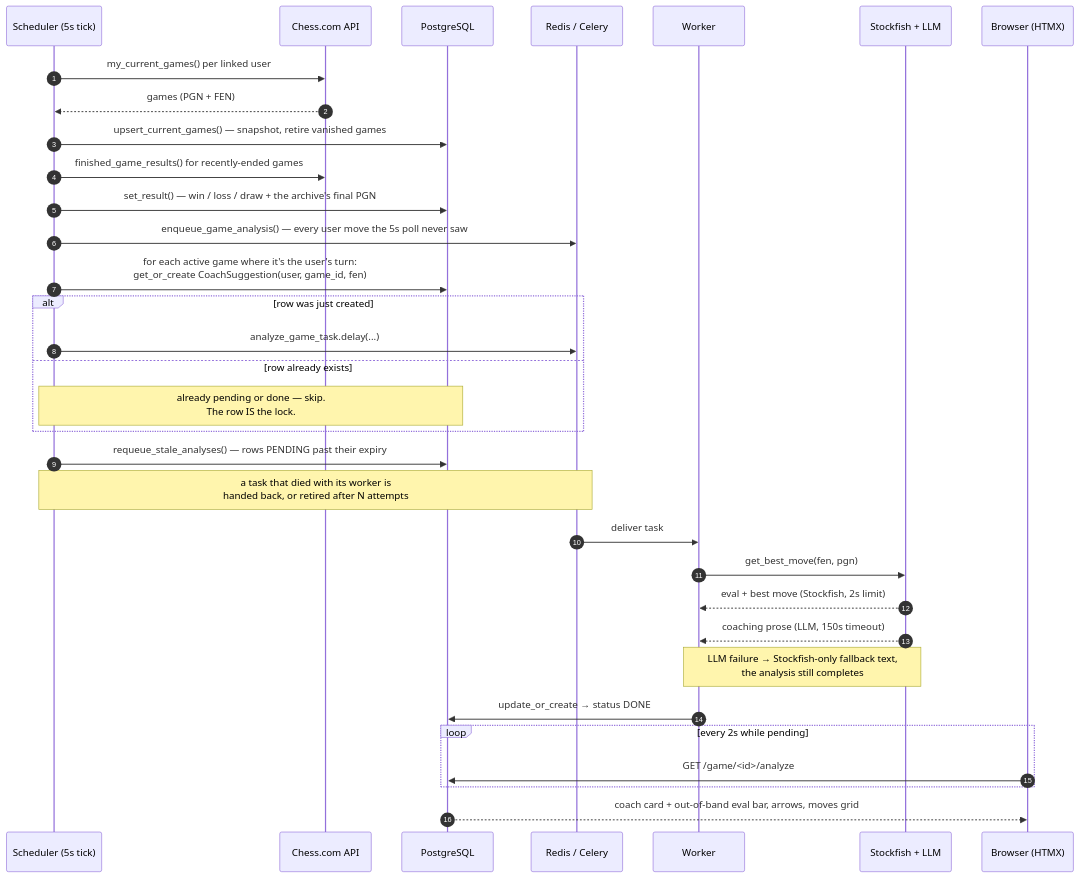
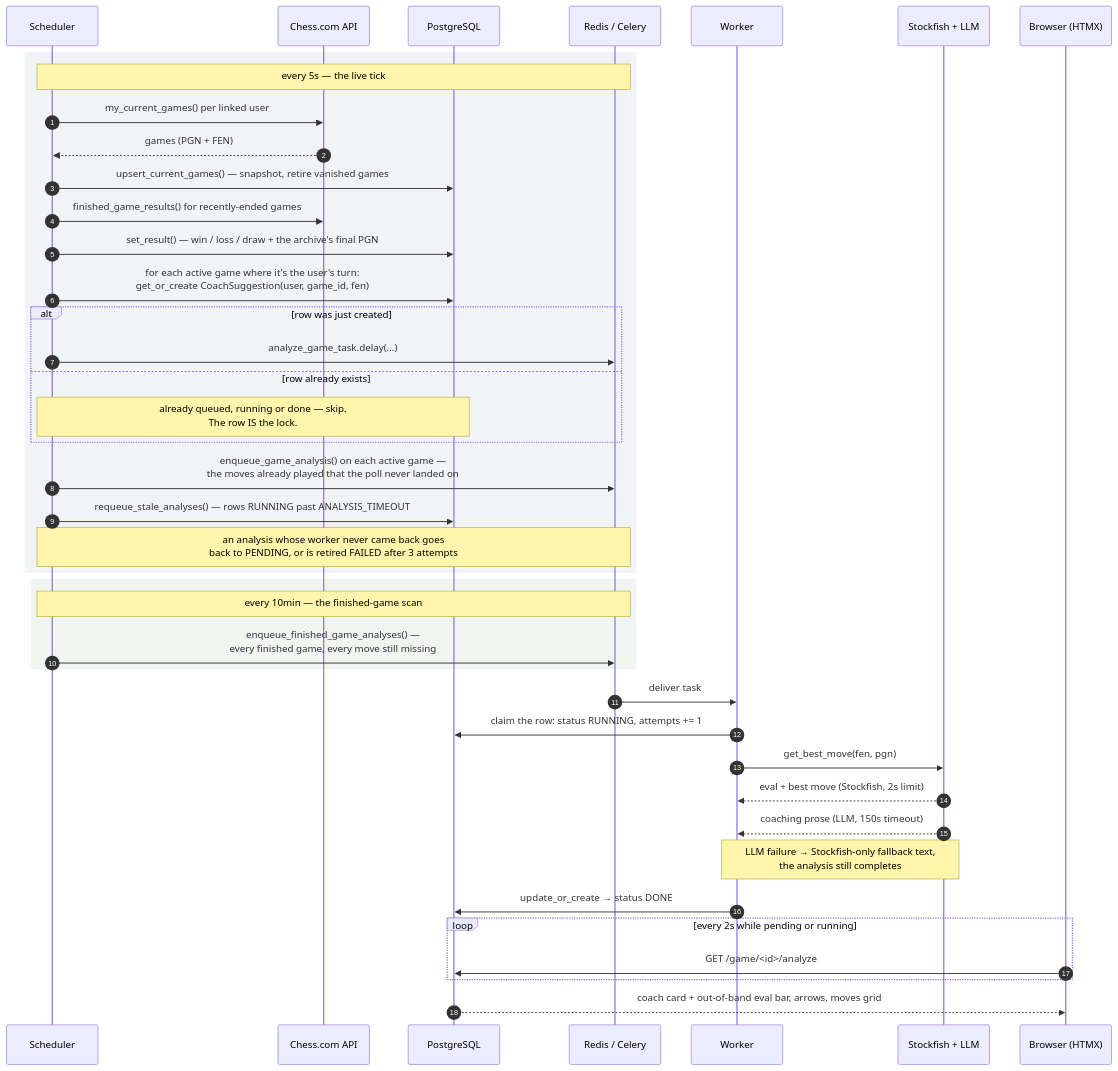
The second of 2 diagrams in docs/architecture.md (gab-25/chessdotcom_ai_coach), drawn with Mermaid before and after one commit. The commit also changed other lines of this file and 20 other files, not shown here.

````diff
--- a/docs/architecture.md
+++ b/docs/architecture.md
@@ -55,40 +61,49 @@
 ```mermaid
 sequenceDiagram
     autonumber
-    participant S as Scheduler (5s tick)
+    participant S as Scheduler
     participant C as Chess.com API
     participant DB as PostgreSQL
     participant Q as Redis / Celery
     participant W as Worker
     participant E as Stockfish + LLM
     participant B as Browser (HTMX)
 
+    rect rgba(120,140,180,0.10)
+    Note over S,Q: every 5s — the live tick
     S->>C: my_current_games() per linked user
     C-->>S: games (PGN + FEN)
     S->>DB: upsert_current_games() — snapshot, retire vanished games
     S->>C: finished_game_results() for recently-ended games
     S->>DB: set_result() — win / loss / draw + the archive's final PGN
-    S->>Q: enqueue_game_analysis() — every user move the 5s poll never saw
 
     S->>DB: for each active game where it's the user's turn:<br/>get_or_create CoachSuggestion(user, game_id, fen)
     alt row was just created
         S->>Q: analyze_game_task.delay(...)
     else row already exists
-        Note over S,DB: already pending or done — skip.<br/>The row IS the lock.
+        Note over S,DB: already queued, running or done — skip.<br/>The row IS the lock.
+    end
+    S->>Q: enqueue_game_analysis() on each active game —<br/>the moves already played that the poll never landed on
+
+    S->>DB: requeue_stale_analyses() — rows RUNNING past ANALYSIS_TIMEOUT
+    Note over S,Q: an analysis whose worker never came back goes<br/>back to PENDING, or is retired FAILED after 3 attempts
     end
 
-    S->>DB: requeue_stale_analyses() — rows PENDING past their expiry
-    Note over S,Q: a task that died with its worker is<br/>handed back, or retired after N attempts
+    rect rgba(120,160,120,0.10)
+    Note over S,Q: every 10min — the finished-game scan
+    S->>Q: enqueue_finished_game_analyses() —<br/>every finished game, every move still missing
+    end
 
     Q->>W: deliver task
+    W->>DB: claim the row: status RUNNING, attempts += 1
     W->>E: get_best_move(fen, pgn)
     E-->>W: eval + best move (Stockfish, 2s limit)
     E-->>W: coaching prose (LLM, 150s timeout)
     Note over W,E: LLM failure → Stockfish-only fallback text,<br/>the analysis still completes
     W->>DB: update_or_create → status DONE
 
-    loop every 2s while pending
+    loop every 2s while pending or running
         B->>DB: GET /game/<id>/analyze
     end
     DB-->>B: coach card + out-of-band eval bar, arrows, moves grid
 ```
````
